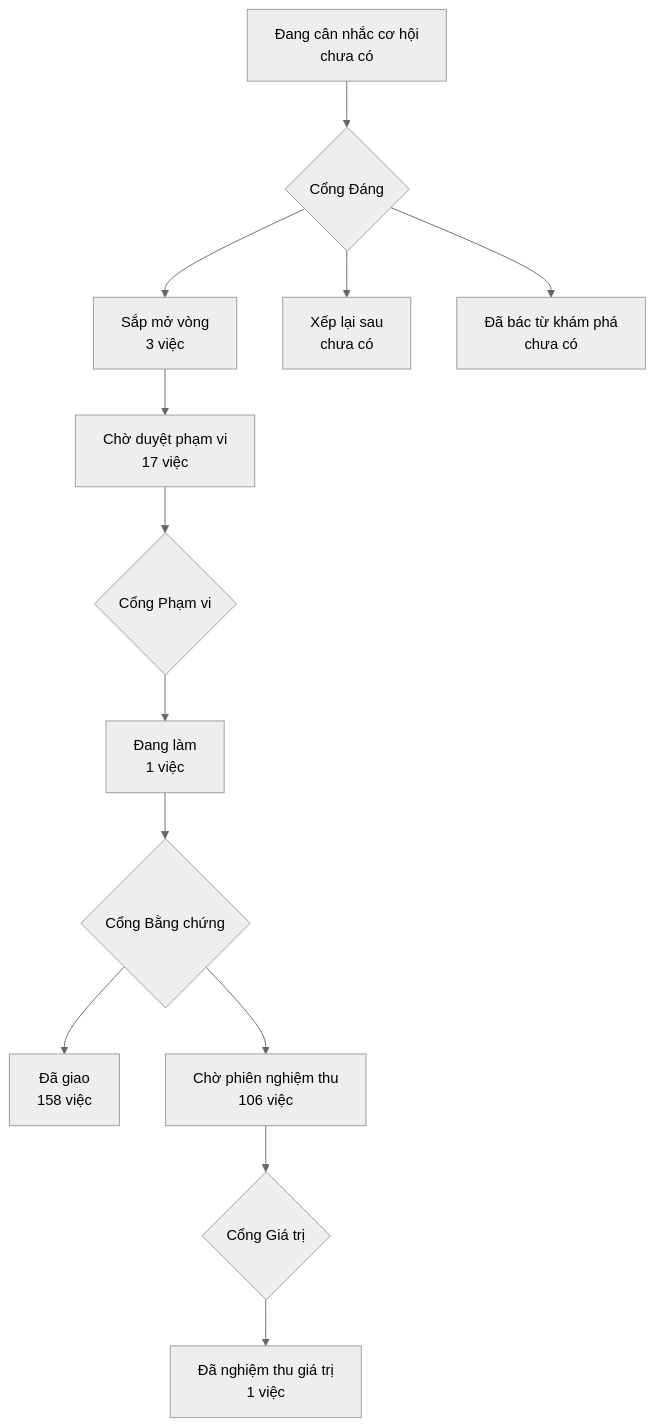
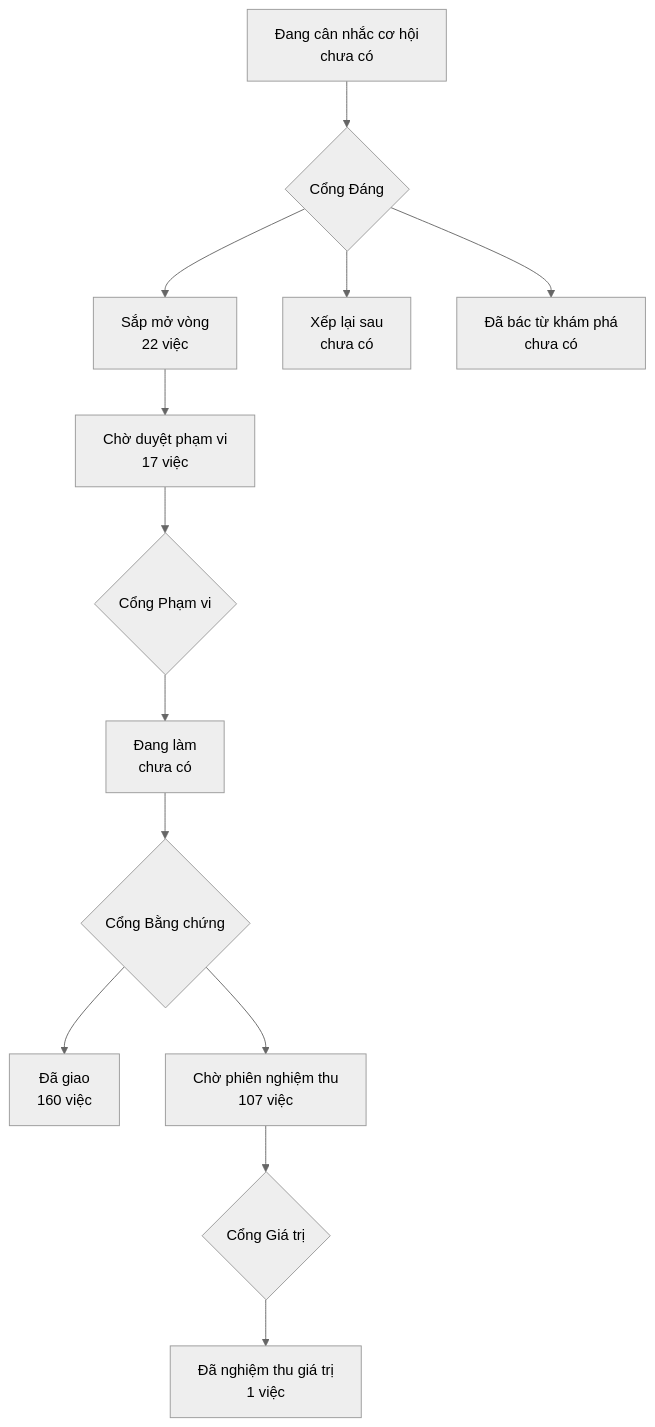
Before and after one commit to phanlemanh/onehub-invest: the diagram in PRODUCT-MAP.md, drawn with Mermaid (neutral theme). The commit also changed other lines of this file and 6 other files, not shown here.

````diff
--- a/PRODUCT-MAP.md
+++ b/PRODUCT-MAP.md
@@ -7,12 +7,12 @@
 ```mermaid
 flowchart TD
   A["Đang cân nhắc cơ hội<br/>chưa có"] --> GD{"Cổng Đáng"}
-  GD --> B["Sắp mở vòng<br/>3 việc"]
+  GD --> B["Sắp mở vòng<br/>22 việc"]
   GD --> XL["Xếp lại sau<br/>chưa có"]
   GD --> DB["Đã bác từ khám phá<br/>chưa có"]
   B --> CD["Chờ duyệt phạm vi<br/>17 việc"] --> GP{"Cổng Phạm vi"}
-  GP --> DL["Đang làm<br/>1 việc"] --> GB{"Cổng Bằng chứng"}
-  GB --> DG["Đã giao<br/>158 việc"]
-  GB --> CN["Chờ phiên nghiệm thu<br/>106 việc"] --> GG{"Cổng Giá trị"}
+  GP --> DL["Đang làm<br/>chưa có"] --> GB{"Cổng Bằng chứng"}
+  GB --> DG["Đã giao<br/>160 việc"]
+  GB --> CN["Chờ phiên nghiệm thu<br/>107 việc"] --> GG{"Cổng Giá trị"}
   GG --> NT["Đã nghiệm thu giá trị<br/>1 việc"]
 ```
````
